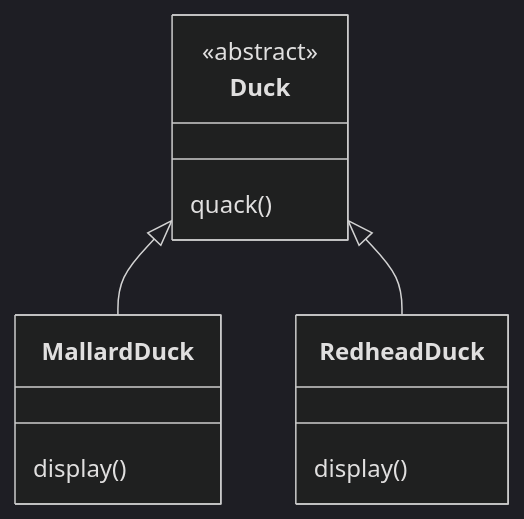
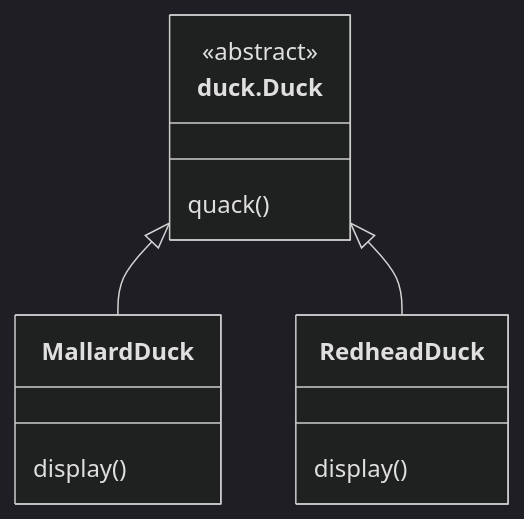
Before and after one commit to Dltmd202/Java-Spring-Study: the first of 8 diagrams in oop/strategyPattern/README.md, drawn with Mermaid (dark theme). The commit also changed other lines of this file and 37 other files, not shown here.

````diff
--- a/oop/strategyPattern/README.md
+++ b/oop/strategyPattern/README.md
@@ -5,9 +5,9 @@
 ```mermaid
 classDiagram
-Duck <|-- MallardDuck
-Duck <|-- RedheadDuck
-<<abstract>> Duck
-Duck : quack()
+duck.Duck <|-- MallardDuck
+duck.Duck <|-- RedheadDuck
+<<abstract>> duck.Duck
+duck.Duck : quack()
 MallardDuck: display()
 RedheadDuck: display()
 ```
````
